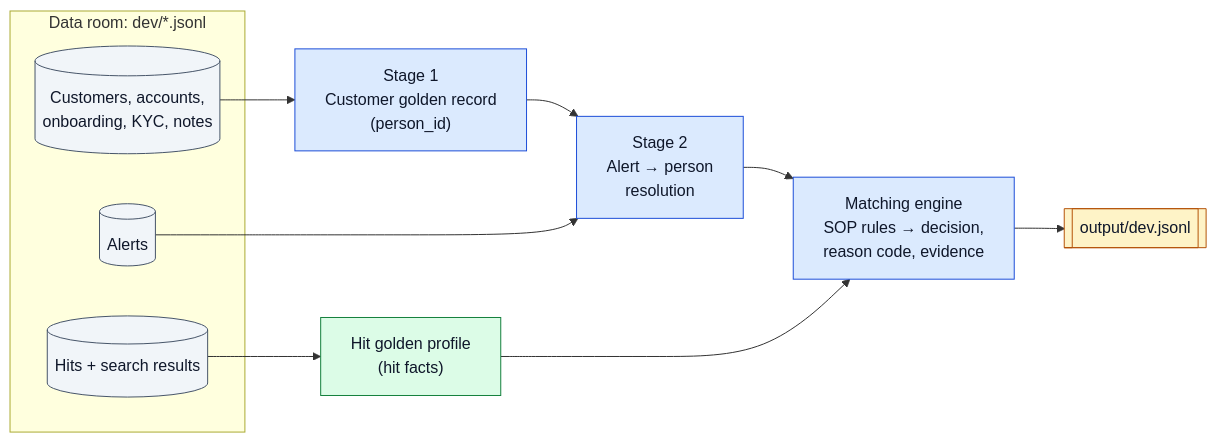
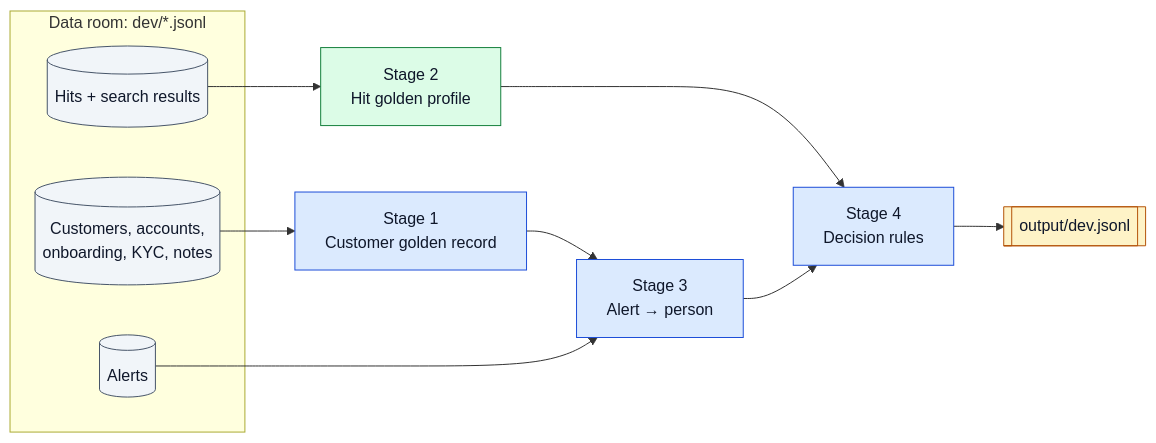
The diagram in README.md (nehamungale/sanctions-screening), drawn with Mermaid before and after one commit. The commit also changed other lines of this file and 7 other files, not shown here.

````diff
--- a/README.md
+++ b/README.md
@@ -25,26 +25,25 @@
 ```mermaid
 flowchart LR
     classDef query fill:#dbeafe,stroke:#1d4ed8,color:#0f172a
     classDef parse fill:#dcfce7,stroke:#15803d,color:#0f172a
     classDef out fill:#fef3c7,stroke:#b45309,color:#0f172a
     classDef src fill:#f1f5f9,stroke:#475569,color:#0f172a
 
     subgraph IN["Data room: dev/*.jsonl"]
         C[(Customers, accounts,<br/>onboarding, KYC, notes)]:::src
         A[(Alerts)]:::src
         H[(Hits + search results)]:::src
     end
 
-    S1["Stage 1<br/>Customer golden record<br/>(person_id)"]:::query
-    S2["Stage 2<br/>Alert → person<br/>resolution"]:::query
-    HP["Hit golden profile<br/>(hit facts)"]:::parse
-    M["Matching engine<br/>SOP rules → decision,<br/>reason code, evidence"]:::query
+    S1["Stage 1<br/>Customer golden record"]:::query
+    S2["Stage 2<br/>Hit golden profile"]:::parse
+    S3["Stage 3<br/>Alert → person"]:::query
+    S4["Stage 4<br/>Decision rules"]:::query
     O[["output/dev.jsonl"]]:::out
 
-    C --> S1 --> S2
-    A --> S2
-    H --> HP
-    S2 --> M
-    HP --> M
-    M --> O
+    C --> S1 --> S3
+    A --> S3
+    H --> S2 --> S4
+    S3 --> S4
+    S4 --> O
 ```
````
